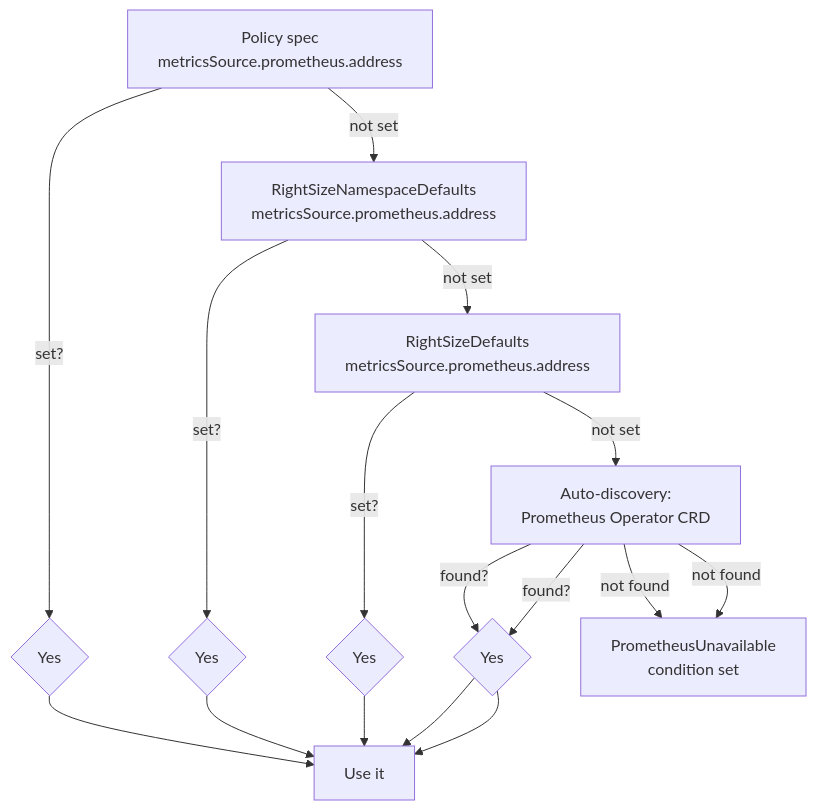
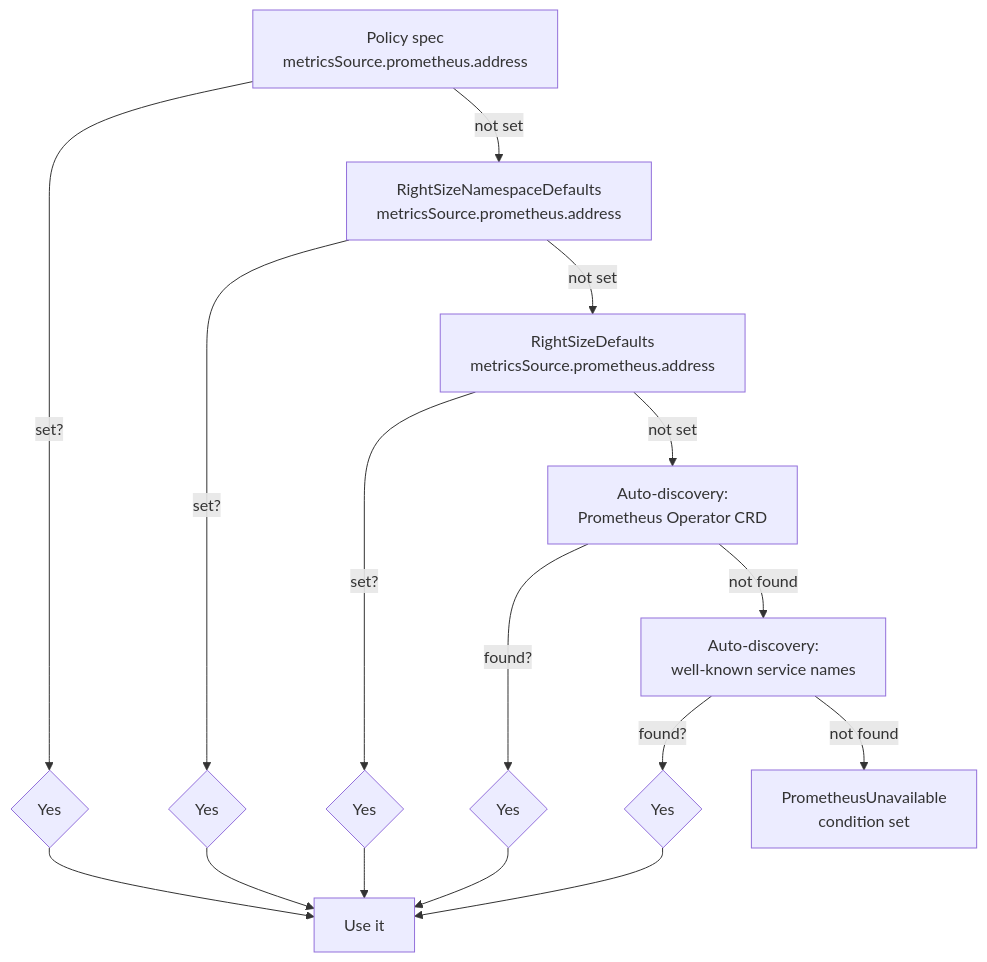
One commit to attune-io/attune changed the diagram in docs/guides/prometheus-setup.md. Above: the diagram before and after it, drawn with Mermaid. The commit also changed other lines of this file and 1 other file, not shown here.

Commit message:
docs: expand Ready condition troubleshooting coverage

````diff
--- a/docs/guides/prometheus-setup.md
+++ b/docs/guides/prometheus-setup.md
@@ -37,18 +37,18 @@
 ```mermaid
 flowchart TD
     A[Policy spec<br/>metricsSource.prometheus.address] -->|set?| B{Yes}
     B --> Z[Use it]
     A -->|not set| C[RightSizeNamespaceDefaults<br/>metricsSource.prometheus.address]
     C -->|set?| D{Yes}
     D --> Z
     C -->|not set| E[RightSizeDefaults<br/>metricsSource.prometheus.address]
     E -->|set?| F{Yes}
     F --> Z
     E -->|not set| G[Auto-discovery:<br/>Prometheus Operator CRD]
     G -->|found?| H{Yes}
     H --> Z
     G -->|not found| I[Auto-discovery:<br/>well-known service names]
-    G -->|found?| H{Yes}
-    H --> Z
-    G -->|not found| I[PrometheusUnavailable<br/>condition set]
+    I -->|found?| J{Yes}
+    J --> Z
+    I -->|not found| K[PrometheusUnavailable<br/>condition set]
 ```
````
